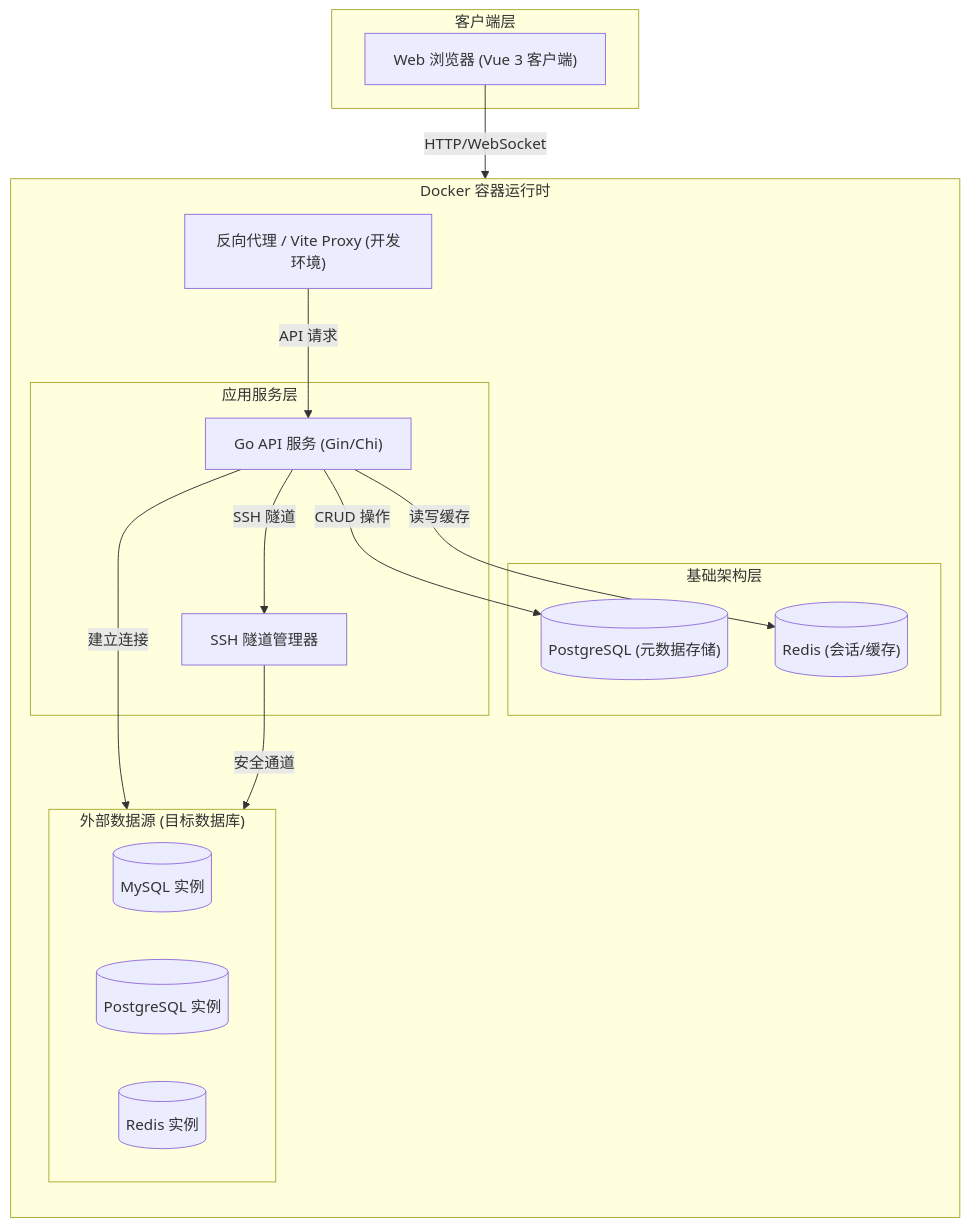
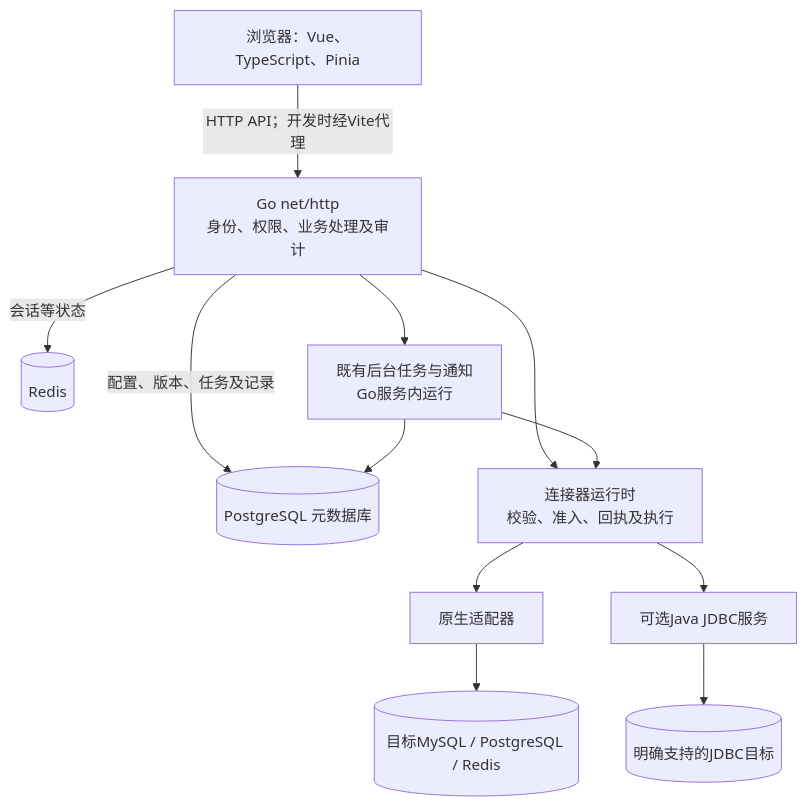
Before and after one commit to xielforever/DBHub: the diagram in docs/架构设计/系统架构总览.md, drawn with Mermaid. The commit also changed other lines of this file and 116 other files, not shown here.

````diff
--- a/docs/架构设计/系统架构总览.md
+++ b/docs/架构设计/系统架构总览.md
@@ -7,36 +7,14 @@
 ```mermaid
-graph TB
-    subgraph Client ["客户端层"]
-        Browser["Web 浏览器 (Vue 3 客户端)"]
-    end
-
-    subgraph ContainerRuntime ["Docker 容器运行时"]
-        direction TB
-        
-        Proxy["反向代理 / Vite Proxy (开发环境)"]
-        
-        subgraph Services ["应用服务层"]
-            Backend["Go API 服务 (Gin/Chi)"]
-            SSHTunnel["SSH 隧道管理器"]
-        end
-        
-        subgraph Infrastructure ["基础架构层"]
-            MetaDB[("PostgreSQL (元数据存储)")]
-            Cache[("Redis (会话/缓存)")]
-        end
-        
-        subgraph DataSources ["外部数据源 (目标数据库)"]
-            TargetMySQL[("MySQL 实例")]
-            TargetPG[("PostgreSQL 实例")]
-            TargetRedis[("Redis 实例")]
-        end
-    end
-
-    Browser -->|HTTP/WebSocket| Proxy
-    Proxy -->|API 请求| Backend
-    Backend -->|CRUD 操作| MetaDB
-    Backend -->|读写缓存| Cache
-    Backend -->|建立连接| DataSources
-    Backend -->|SSH 隧道| SSHTunnel
-    SSHTunnel -->|安全通道| DataSources
+flowchart TB
+    Browser["浏览器：Vue、TypeScript、Pinia"] -->|HTTP API；开发时经Vite代理| API["Go net/http<br/>身份、权限、业务处理及审计"]
+    API -->|配置、版本、任务及记录| Metadata[("PostgreSQL 元数据库")]
+    API -->|会话等状态| Redis[("Redis")]
+    API --> Runtime["连接器运行时<br/>校验、准入、回执及执行"]
+    Runtime --> Native["原生适配器"]
+    Runtime --> JDBC["可选Java JDBC服务"]
+    Native --> Target[("目标MySQL / PostgreSQL / Redis")]
+    JDBC --> Other[("明确支持的JDBC目标")]
+    API --> Worker["既有后台任务与通知<br/>Go服务内运行"]
+    Worker --> Metadata
+    Worker --> Runtime
 ```
````
